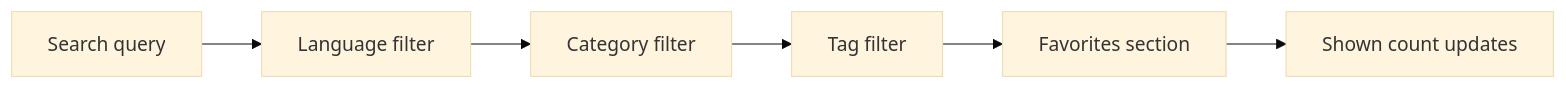
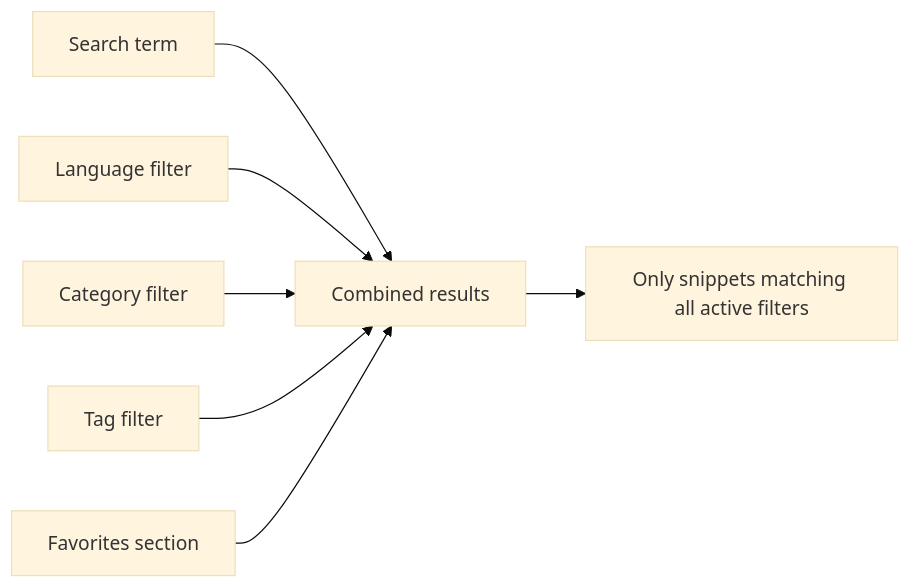
The first of 2 diagrams in api2-documentation/plan_2026-11-02_f8890e/user-facing-docs/search-and-filter.md (Mohita111/API2), drawn with Mermaid (base theme) before and after one commit. The commit also changed other lines of this file and 13 other files, not shown here.

````diff
--- a/api2-documentation/plan_2026-11-02_f8890e/user-facing-docs/search-and-filter.md
+++ b/api2-documentation/plan_2026-11-02_f8890e/user-facing-docs/search-and-filter.md
@@ -38,8 +63,9 @@
 ```mermaid
 graph LR
-A[Search query] --> B[Language filter]
-B --> C[Category filter]
-C --> D[Tag filter]
-D --> E[Favorites section]
-E --> F[Shown count updates]
+    A[Search term] --> R[Combined results]
+    B[Language filter] --> R
+    C[Category filter] --> R
+    D[Tag filter] --> R
+    E[Favorites section] --> R
+    R --> F[Only snippets matching all active filters]
 ```
````
